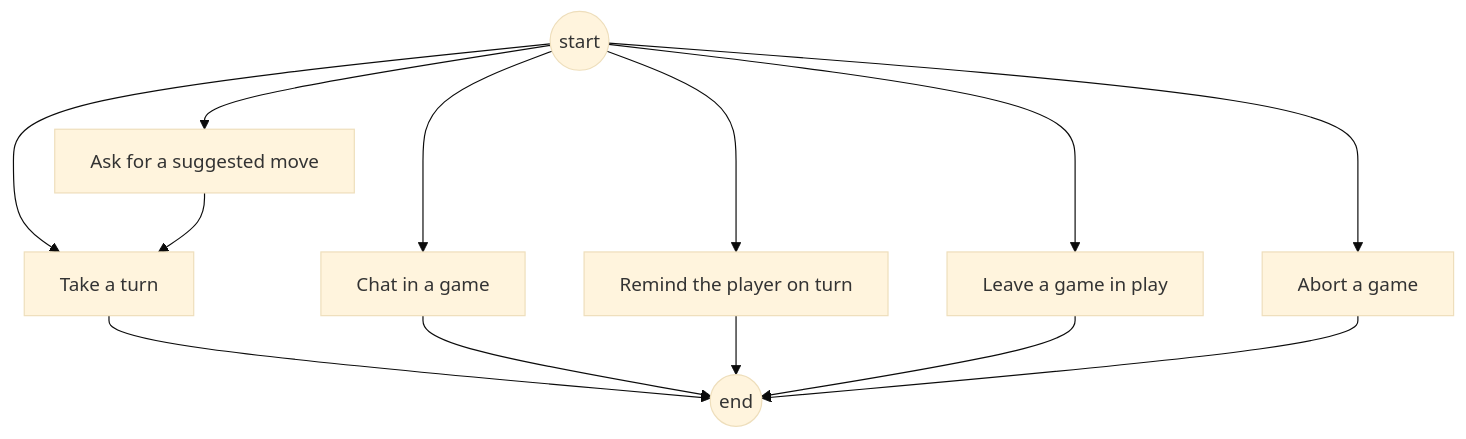
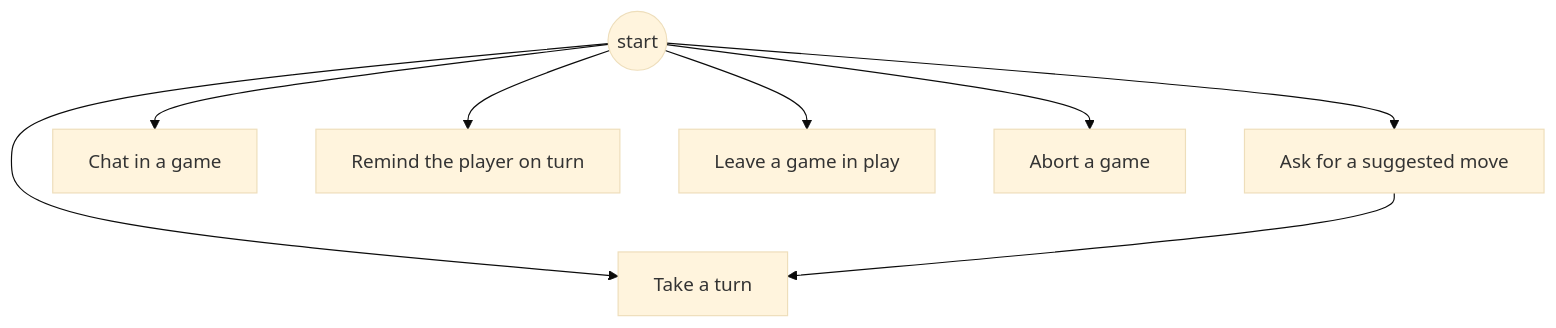
One commit to delphside/programme changed diagram 14 of 29 in docs/changes/workstreams/application-game-architecture/71-one-game-model/71-functional.md. Above: the diagram before and after it, drawn with Mermaid (base theme). The commit also changed other lines of this file, not shown here.

First line of the commit message:
app 0.9.2 api 2.16: 71: activity diagrams drop their explicit end nodes

````diff
--- a/docs/changes/workstreams/application-game-architecture/71-one-game-model/71-functional.md
+++ b/docs/changes/workstreams/application-game-architecture/71-one-game-model/71-functional.md
@@ -301,15 +267,10 @@
 ```mermaid
 flowchart TD
   s0((start)) --> a1["Take a turn"]
   s0 --> a2["Ask for a suggested move"]
   a2 --> a1
   s0 --> a3["Chat in a game"]
   s0 --> a4["Remind the player on turn"]
   s0 --> a5["Leave a game in play"]
   s0 --> a6["Abort a game"]
-  a1 --> e0((end))
-  a3 --> e0
-  a4 --> e0
-  a5 --> e0
-  a6 --> e0
 ```
````
